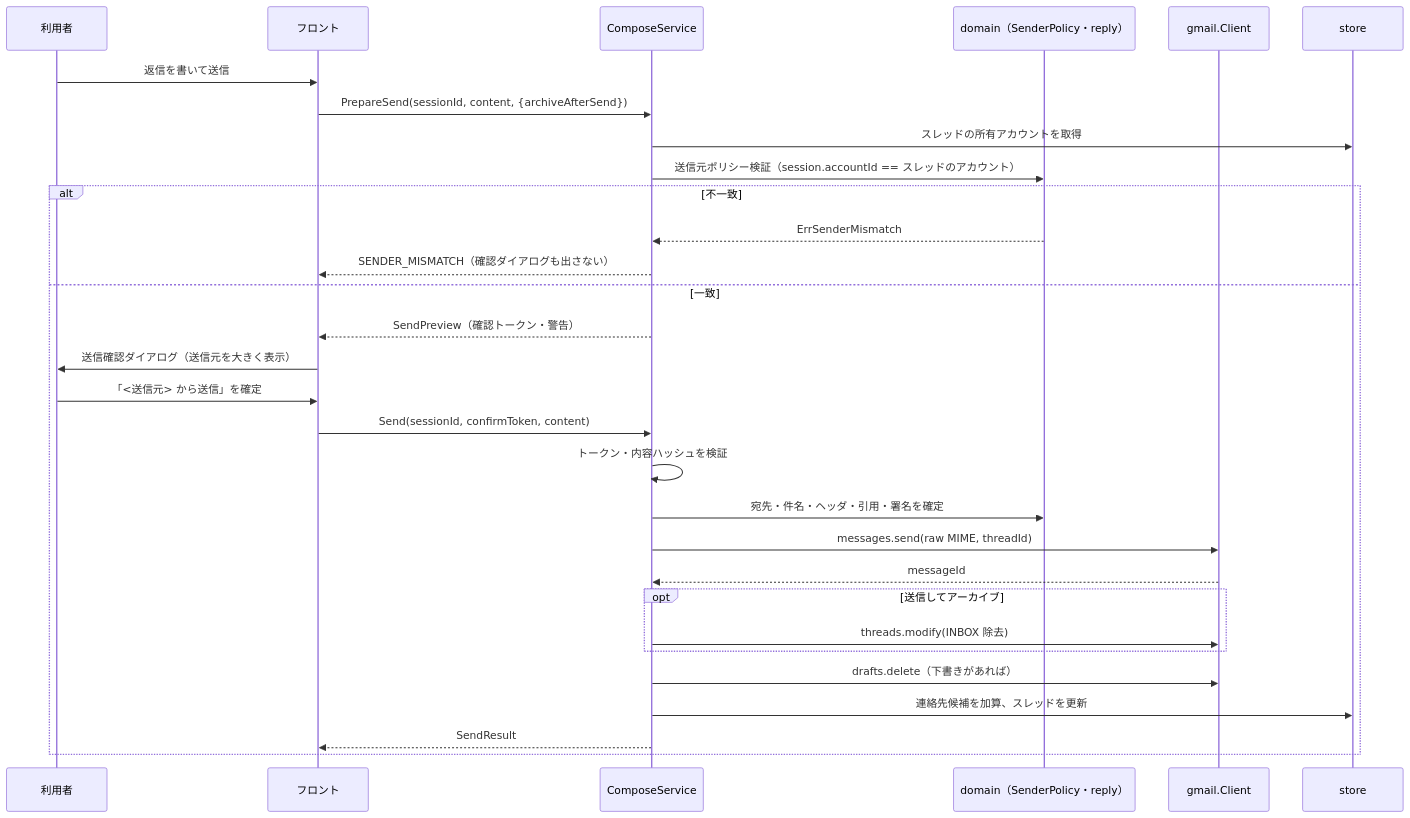
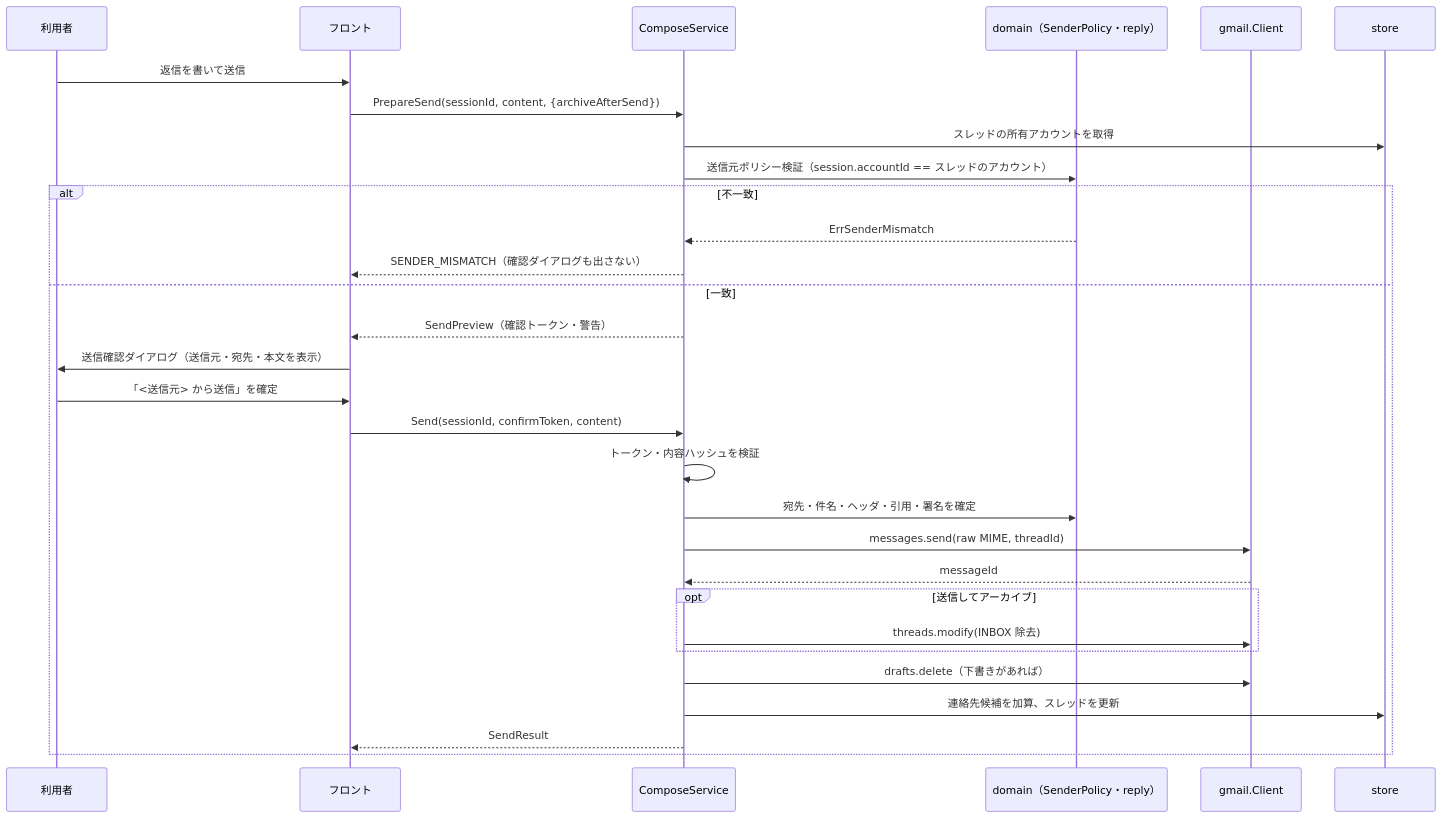
Before and after one commit to ousiassllc/hitomado: the fifth of 6 diagrams in docs/architecture/overview.md, drawn with Mermaid. The commit also changed 15 other files, not shown here.

````diff
--- a/docs/architecture/overview.md
+++ b/docs/architecture/overview.md
@@ -243,33 +243,33 @@
 ```mermaid
 sequenceDiagram
   participant U as 利用者
   participant FE as フロント
   participant CS as ComposeService
   participant DM as domain（SenderPolicy・reply）
   participant GM as gmail.Client
   participant DB as store
 
   U->>FE: 返信を書いて送信
   FE->>CS: PrepareSend(sessionId, content, {archiveAfterSend})
   CS->>DB: スレッドの所有アカウントを取得
   CS->>DM: 送信元ポリシー検証（session.accountId == スレッドのアカウント）
   alt 不一致
     DM-->>CS: ErrSenderMismatch
     CS-->>FE: SENDER_MISMATCH（確認ダイアログも出さない）
   else 一致
     CS-->>FE: SendPreview（確認トークン・警告）
-    FE->>U: 送信確認ダイアログ（送信元を大きく表示）
+    FE->>U: 送信確認ダイアログ（送信元・宛先・本文を表示）
     U->>FE: 「<送信元> から送信」を確定
     FE->>CS: Send(sessionId, confirmToken, content)
     CS->>CS: トークン・内容ハッシュを検証
     CS->>DM: 宛先・件名・ヘッダ・引用・署名を確定
     CS->>GM: messages.send(raw MIME, threadId)
     GM-->>CS: messageId
     opt 送信してアーカイブ
       CS->>GM: threads.modify(INBOX 除去)
     end
     CS->>GM: drafts.delete（下書きがあれば）
     CS->>DB: 連絡先候補を加算、スレッドを更新
     CS-->>FE: SendResult
   end
 ```
````
